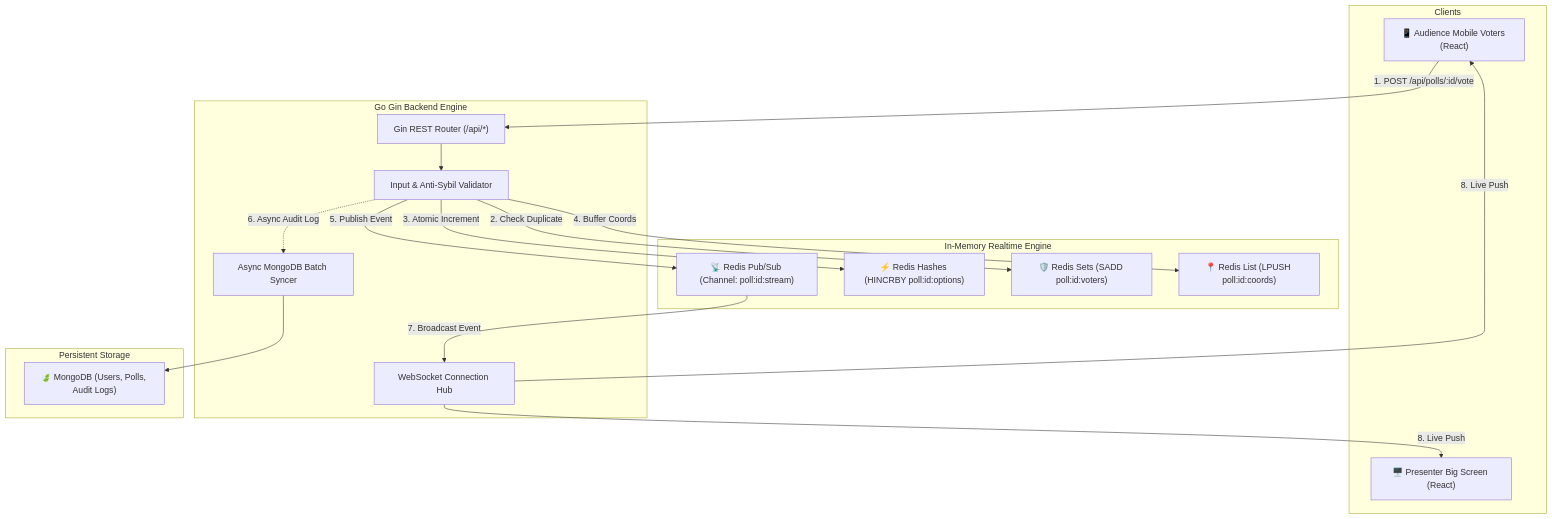
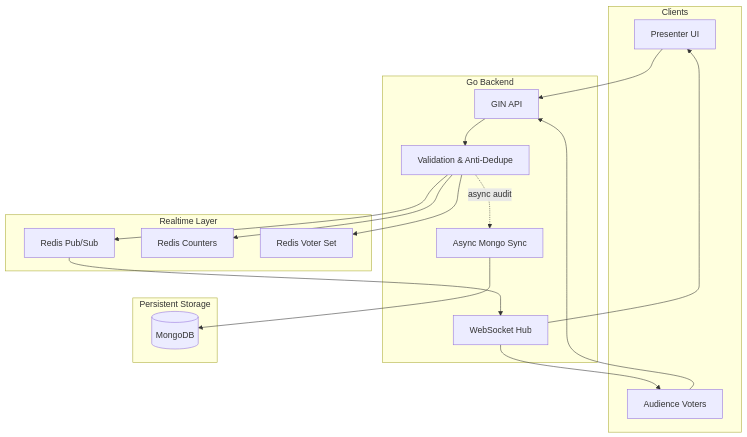
The diagram in README.md (MATHANKUMAR6665/INTENSE_POLL), drawn with Mermaid before and after one commit. The commit also changed other lines of this file, not shown here.

````diff
--- a/README.md
+++ b/README.md
@@ -27,38 +53,36 @@
 ```mermaid
 flowchart TB
-    subgraph Clients["Clients"]
-        Presenter["🖥️ Presenter Big Screen (React)"]
-        Audience["📱 Audience Mobile Voters (React)"]
+    subgraph Clients[Clients]
+        Presenter[Presenter UI]
+        Audience[Audience Voters]
     end
 
-    subgraph Backend["Go Gin Backend Engine"]
-        Router["Gin REST Router (/api/*)"]
-        WSHub["WebSocket Connection Hub"]
-        Validator["Input & Anti-Sybil Validator"]
-        AsyncSyncer["Async MongoDB Batch Syncer"]
+    subgraph Backend[Go Backend]
+        API[GIN API]
+        WS[WebSocket Hub]
+        Validator[Validation & Anti-Dedupe]
+        Syncer[Async Mongo Sync]
     end
 
-    subgraph InMem["In-Memory Realtime Engine"]
-        RedisPubSub["📡 Redis Pub/Sub (Channel: poll:id:stream)"]
-        RedisCounters["⚡ Redis Hashes (HINCRBY poll:id:options)"]
-        RedisDedup["🛡️ Redis Sets (SADD poll:id:voters)"]
-        RedisCoords["📍 Redis List (LPUSH poll:id:coords)"]
+    subgraph Realtime[Realtime Layer]
+        RedisPub[Redis Pub/Sub]
+        RedisHash[Redis Counters]
+        RedisSet[Redis Voter Set]
     end
 
-    subgraph Storage["Persistent Storage"]
-        Mongo["🍃 MongoDB (Users, Polls, Audit Logs)"]
+    subgraph Storage[Persistent Storage]
+        Mongo[(MongoDB)]
     end
 
-    Audience -- "1. POST /api/polls/:id/vote" --> Router
-    Router --> Validator
-    Validator -- "2. Check Duplicate" --> RedisDedup
-    Validator -- "3. Atomic Increment" --> RedisCounters
-    Validator -- "4. Buffer Coords" --> RedisCoords
-    Validator -- "5. Publish Event" --> RedisPubSub
-    Validator -. "6. Async Audit Log" .-> AsyncSyncer
-    AsyncSyncer --> Mongo
-
-    RedisPubSub -- "7. Broadcast Event" --> WSHub
-    WSHub -- "8. Live Push" --> Presenter
-    WSHub -- "8. Live Push" --> Audience
+    Audience --> API
+    Presenter --> API
+    API --> Validator
+    Validator --> RedisHash
+    Validator --> RedisSet
+    Validator --> RedisPub
+    RedisPub --> WS
+    WS --> Presenter
+    WS --> Audience
+    Validator -. async audit .-> Syncer
+    Syncer --> Mongo
 ```
````
